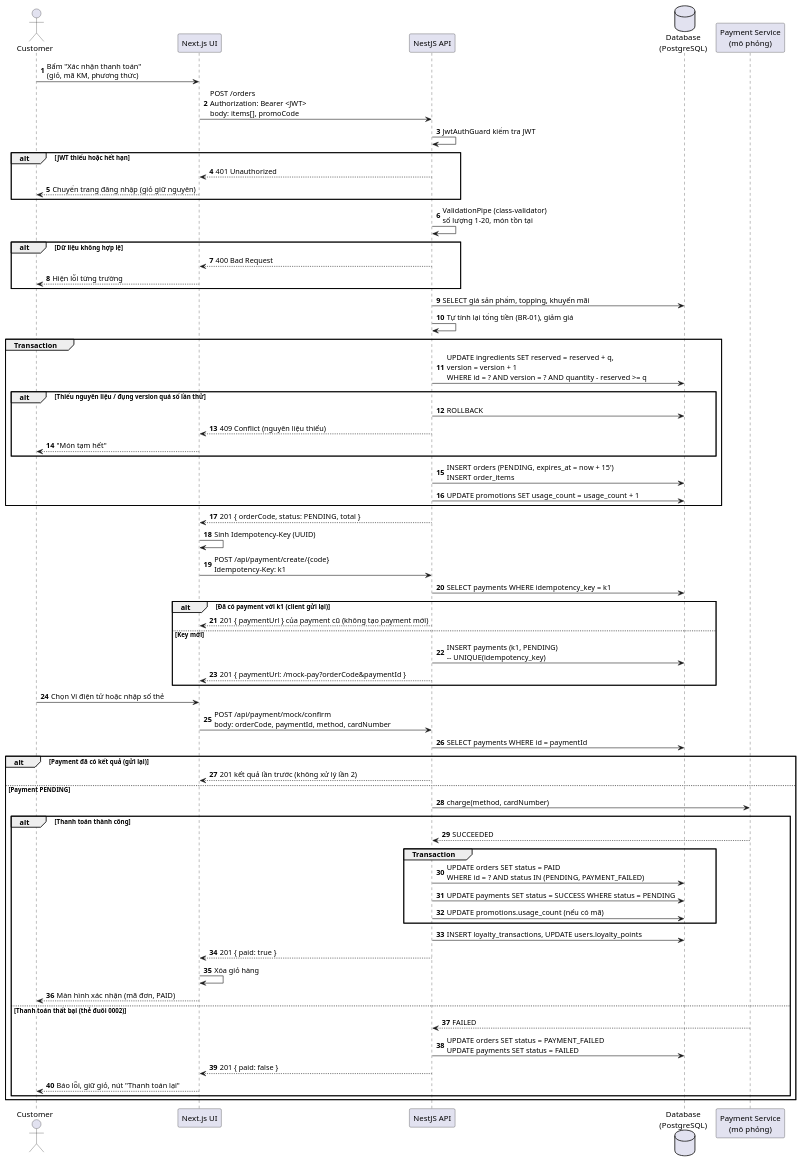
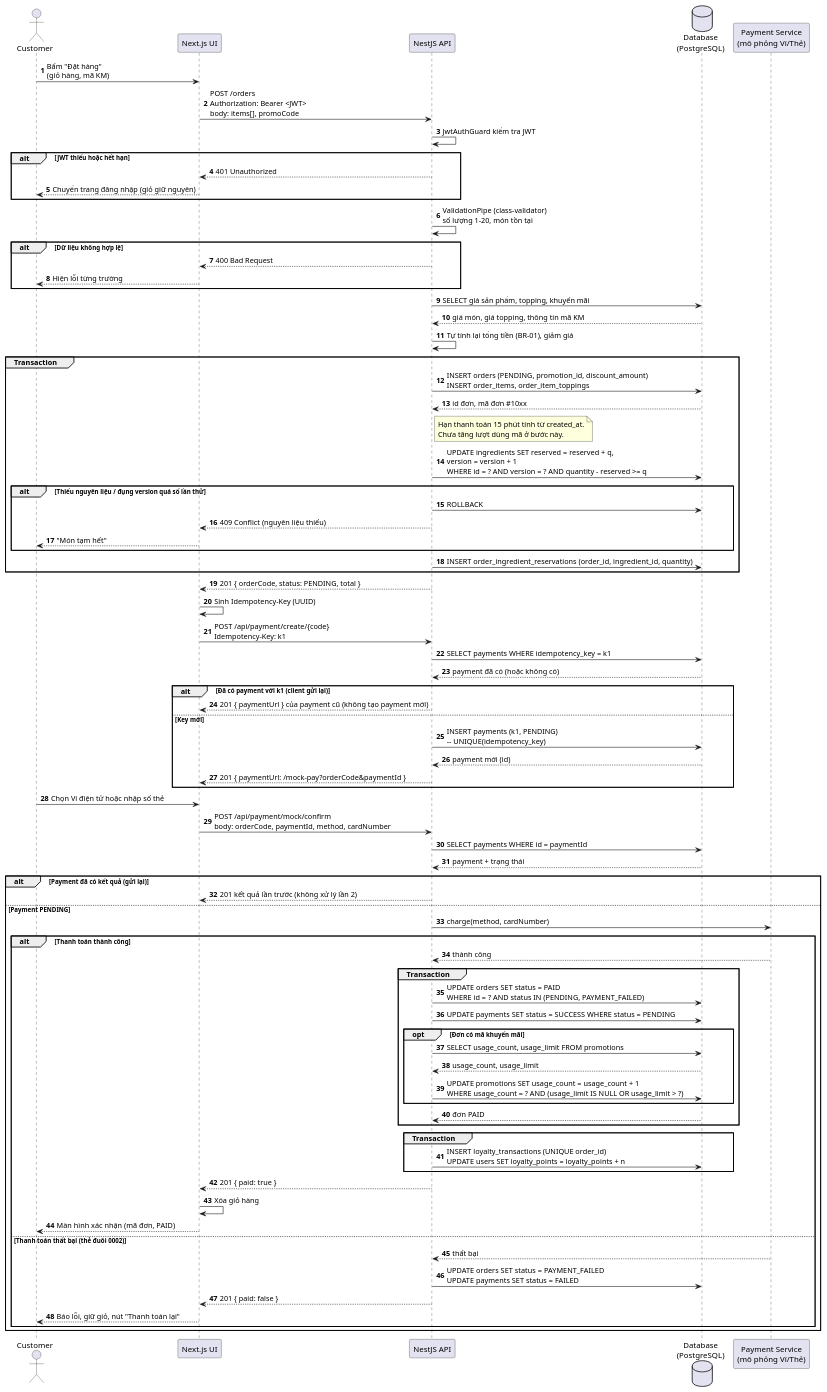
One commit to dinh-hung-116/BrewLite-Assignment2 changed the diagram in docs/diagrams/sequence-checkout.puml. Above: the diagram before and after it, drawn with PlantUML. The commit also changed 10 other files, not shown here.

First line of the commit message:
docs(diagrams): sửa activity, sequence, class theo code và schema thật

```diff
--- a/docs/diagrams/sequence-checkout.puml
+++ b/docs/diagrams/sequence-checkout.puml
@@ -1,71 +1,85 @@
 @startuml sequence-checkout
-' Sequence diagram cho UC-06 + UC-08 Đặt và thanh toán (Task 2.2)
+' Sequence diagram cho UC-06 + UC-08 Đặt và thanh toán (Task 2.2) – luồng cổng mô phỏng mặc định khi demo;
+' với VNPay sandbox, bước xác nhận thay bằng callback GET /api/payment/return có kiểm chữ ký.
 skinparam shadowing false
 autonumber
 actor Customer
 participant "Next.js UI" as UI
 participant "NestJS API" as API
 database "Database\n(PostgreSQL)" as DB
-participant "Payment Service\n(mô phỏng)" as PAY
+participant "Payment Service\n(mô phỏng Ví/Thẻ)" as PAY
 
-Customer -> UI : Bấm "Xác nhận thanh toán"\n(giỏ, mã KM, phương thức)
+Customer -> UI : Bấm "Đặt hàng"\n(giỏ hàng, mã KM)
 UI -> API : POST /orders\nAuthorization: Bearer <JWT>\nbody: items[], promoCode
 API -> API : JwtAuthGuard kiểm tra JWT
 alt JWT thiếu hoặc hết hạn
   API --> UI : 401 Unauthorized
   UI --> Customer : Chuyển trang đăng nhập (giỏ giữ nguyên)
 end
 API -> API : ValidationPipe (class-validator)\nsố lượng 1–20, món tồn tại
 alt Dữ liệu không hợp lệ
   API --> UI : 400 Bad Request
   UI --> Customer : Hiện lỗi từng trường
 end
 API -> DB : SELECT giá sản phẩm, topping, khuyến mãi
+DB --> API : giá món, giá topping, thông tin mã KM
 API -> API : Tự tính lại tổng tiền (BR-01), giảm giá
 group Transaction
+  API -> DB : INSERT orders (PENDING, promotion_id, discount_amount)\nINSERT order_items, order_item_toppings
+  DB --> API : id đơn, mã đơn #10xx
+  note right of API : Hạn thanh toán 15 phút tính từ created_at.\nChưa tăng lượt dùng mã ở bước này.
   API -> DB : UPDATE ingredients SET reserved = reserved + q,\nversion = version + 1\nWHERE id = ? AND version = ? AND quantity - reserved >= q
   alt Thiếu nguyên liệu / đụng version quá số lần thử
     API -> DB : ROLLBACK
     API --> UI : 409 Conflict (nguyên liệu thiếu)
     UI --> Customer : "Món tạm hết"
   end
-  API -> DB : INSERT orders (PENDING, expires_at = now + 15')\nINSERT order_items
-  API -> DB : UPDATE promotions SET usage_count = usage_count + 1
+  API -> DB : INSERT order_ingredient_reservations (order_id, ingredient_id, quantity)
 end
 API --> UI : 201 { orderCode, status: PENDING, total }
 
 UI -> UI : Sinh Idempotency-Key (UUID)
 UI -> API : POST /api/payment/create/{code}\nIdempotency-Key: k1
 API -> DB : SELECT payments WHERE idempotency_key = k1
+DB --> API : payment đã có (hoặc không có)
 alt Đã có payment với k1 (client gửi lại)
   API --> UI : 201 { paymentUrl } của payment cũ (không tạo payment mới)
 else Key mới
   API -> DB : INSERT payments (k1, PENDING)\n-- UNIQUE(idempotency_key)
+  DB --> API : payment mới (id)
   API --> UI : 201 { paymentUrl: /mock-pay?orderCode&paymentId }
 end
 Customer -> UI : Chọn Ví điện tử hoặc nhập số thẻ
 UI -> API : POST /api/payment/mock/confirm\nbody: orderCode, paymentId, method, cardNumber
 API -> DB : SELECT payments WHERE id = paymentId
+DB --> API : payment + trạng thái
 alt Payment đã có kết quả (gửi lại)
   API --> UI : 201 kết quả lần trước (không xử lý lần 2)
 else Payment PENDING
   API -> PAY : charge(method, cardNumber)
   alt Thanh toán thành công
-    PAY --> API : SUCCEEDED
+    PAY --> API : thành công
     group Transaction
       API -> DB : UPDATE orders SET status = PAID\nWHERE id = ? AND status IN (PENDING, PAYMENT_FAILED)
       API -> DB : UPDATE payments SET status = SUCCESS WHERE status = PENDING
-      API -> DB : UPDATE promotions.usage_count (nếu có mã)
+      opt Đơn có mã khuyến mãi
+        API -> DB : SELECT usage_count, usage_limit FROM promotions
+        DB --> API : usage_count, usage_limit
+        API -> DB : UPDATE promotions SET usage_count = usage_count + 1\nWHERE usage_count = ? AND (usage_limit IS NULL OR usage_limit > ?)
+      end
+      DB --> API : đơn PAID
     end
-    API -> DB : INSERT loyalty_transactions, UPDATE users.loyalty_points
+    group Transaction
+      API -> DB : INSERT loyalty_transactions (UNIQUE order_id)\nUPDATE users SET loyalty_points = loyalty_points + n
+    end
     API --> UI : 201 { paid: true }
     UI -> UI : Xóa giỏ hàng
     UI --> Customer : Màn hình xác nhận (mã đơn, PAID)
   else Thanh toán thất bại (thẻ đuôi 0002)
-    PAY --> API : FAILED
+    PAY --> API : thất bại
     API -> DB : UPDATE orders SET status = PAYMENT_FAILED\nUPDATE payments SET status = FAILED
     API --> UI : 201 { paid: false }
     UI --> Customer : Báo lỗi, giữ giỏ, nút "Thanh toán lại"
   end
 end
 @enduml
```
